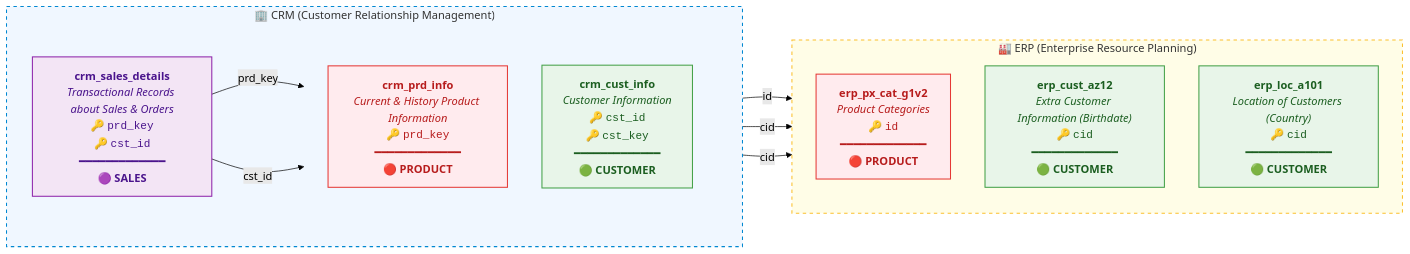
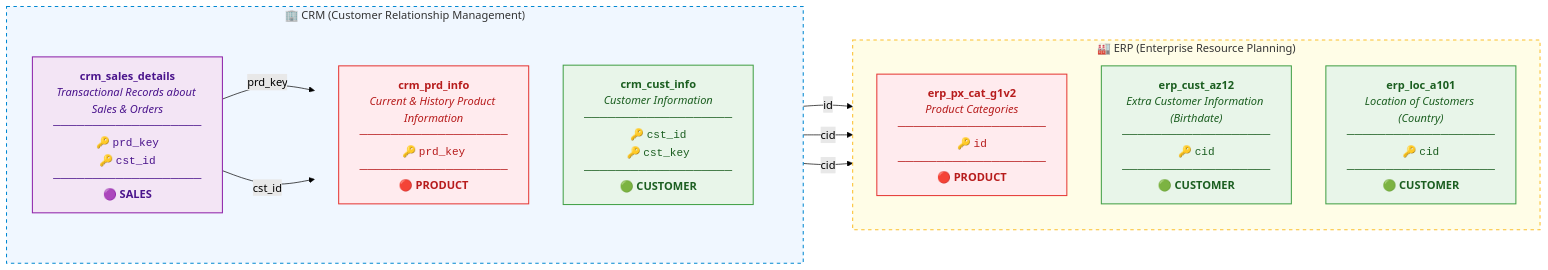
The third of 4 diagrams in doc/architecture.md (doanquangminh14/sql-data-warehouse-project), drawn with Mermaid (forest theme) before and after one commit.

Commit message:
docs: add upper divider line for keys in Data Integration diagram

````diff
--- a/doc/architecture.md
+++ b/doc/architecture.md
@@ -174,40 +174,40 @@
 ```mermaid
 flowchart LR
     subgraph CRM["🏢 CRM (Customer Relationship Management)"]
         direction LR
-        sales["<b>crm_sales_details</b><br/><i>Transactional Records about Sales & Orders</i><br/>🔑 <code>prd_key</code><br/>🔑 <code>cst_id</code><br/>━━━━━━━━━━━━━<br/><b>🟣 SALES</b>"]
+        sales["<b>crm_sales_details</b><br/><i>Transactional Records about Sales & Orders</i><br/>───────────────────<br/>🔑 <code>prd_key</code><br/>🔑 <code>cst_id</code><br/>───────────────────<br/><b>🟣 SALES</b>"]
         
         subgraph CRM_ENTITIES[" "]
             direction TB
-            prd["<b>crm_prd_info</b><br/><i>Current & History Product Information</i><br/>🔑 <code>prd_key</code><br/>━━━━━━━━━━━━━<br/><b>🔴 PRODUCT</b>"]
-            cust["<b>crm_cust_info</b><br/><i>Customer Information</i><br/>🔑 <code>cst_id</code><br/>🔑 <code>cst_key</code><br/>━━━━━━━━━━━━━<br/><b>🟢 CUSTOMER</b>"]
+            prd["<b>crm_prd_info</b><br/><i>Current & History Product Information</i><br/>───────────────────<br/>🔑 <code>prd_key</code><br/>───────────────────<br/><b>🔴 PRODUCT</b>"]
+            cust["<b>crm_cust_info</b><br/><i>Customer Information</i><br/>───────────────────<br/>🔑 <code>cst_id</code><br/>🔑 <code>cst_key</code><br/>───────────────────<br/><b>🟢 CUSTOMER</b>"]
         end
 
         sales -->|prd_key| prd
         sales -->|cst_id| cust
     end
 
     subgraph ERP["🏭 ERP (Enterprise Resource Planning)"]
         direction TB
-        cat["<b>erp_px_cat_g1v2</b><br/><i>Product Categories</i><br/>🔑 <code>id</code><br/>━━━━━━━━━━━━━<br/><b>🔴 PRODUCT</b>"]
-        extra["<b>erp_cust_az12</b><br/><i>Extra Customer Information (Birthdate)</i><br/>🔑 <code>cid</code><br/>━━━━━━━━━━━━━<br/><b>🟢 CUSTOMER</b>"]
-        loc["<b>erp_loc_a101</b><br/><i>Location of Customers (Country)</i><br/>🔑 <code>cid</code><br/>━━━━━━━━━━━━━<br/><b>🟢 CUSTOMER</b>"]
+        cat["<b>erp_px_cat_g1v2</b><br/><i>Product Categories</i><br/>───────────────────<br/>🔑 <code>id</code><br/>───────────────────<br/><b>🔴 PRODUCT</b>"]
+        extra["<b>erp_cust_az12</b><br/><i>Extra Customer Information (Birthdate)</i><br/>───────────────────<br/>🔑 <code>cid</code><br/>───────────────────<br/><b>🟢 CUSTOMER</b>"]
+        loc["<b>erp_loc_a101</b><br/><i>Location of Customers (Country)</i><br/>───────────────────<br/>🔑 <code>cid</code><br/>───────────────────<br/><b>🟢 CUSTOMER</b>"]
     end
 
     prd -->|id| cat
     cust -->|cid| extra
     cust -->|cid| loc
 
     classDef salesDomain fill:#f3e5f5,stroke:#8e24aa,stroke-width:1.5px,color:#4a148c
     classDef productDomain fill:#ffebee,stroke:#e53935,stroke-width:1.5px,color:#b71c1c
     classDef customerDomain fill:#e8f5e9,stroke:#43a047,stroke-width:1.5px,color:#1b5e20
     classDef crmGroup fill:#f0f7ff,stroke:#0288d1,stroke-width:1.5px,stroke-dasharray: 5 5
     classDef erpGroup fill:#fffde7,stroke:#fbc02d,stroke-width:1.5px,stroke-dasharray: 5 5
 
     class CRM crmGroup
     class ERP erpGroup
     class sales salesDomain
     class prd,cat productDomain
     class cust,extra,loc customerDomain
     style CRM_ENTITIES fill:none,stroke:none
 ```
````
